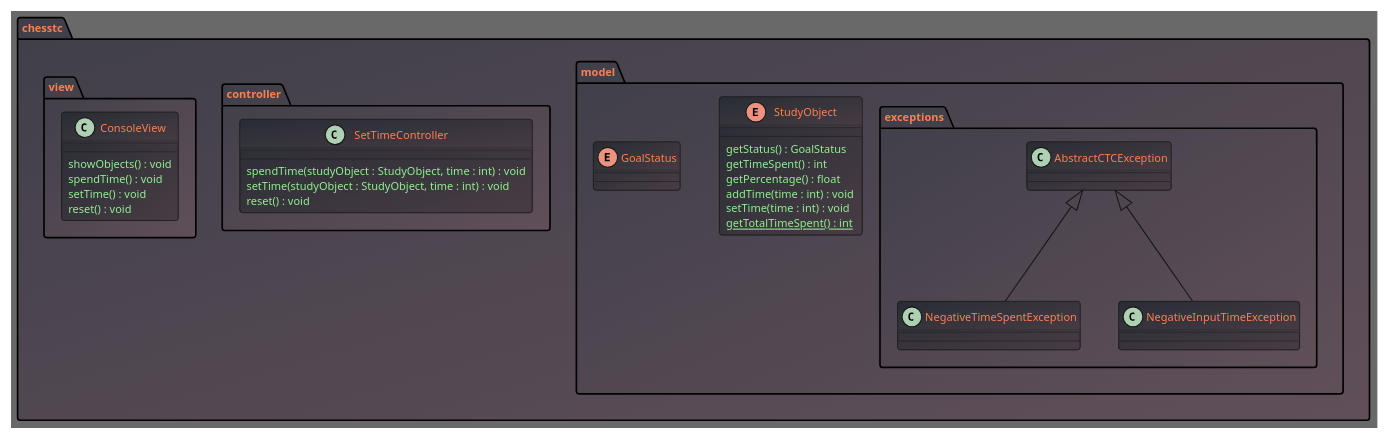
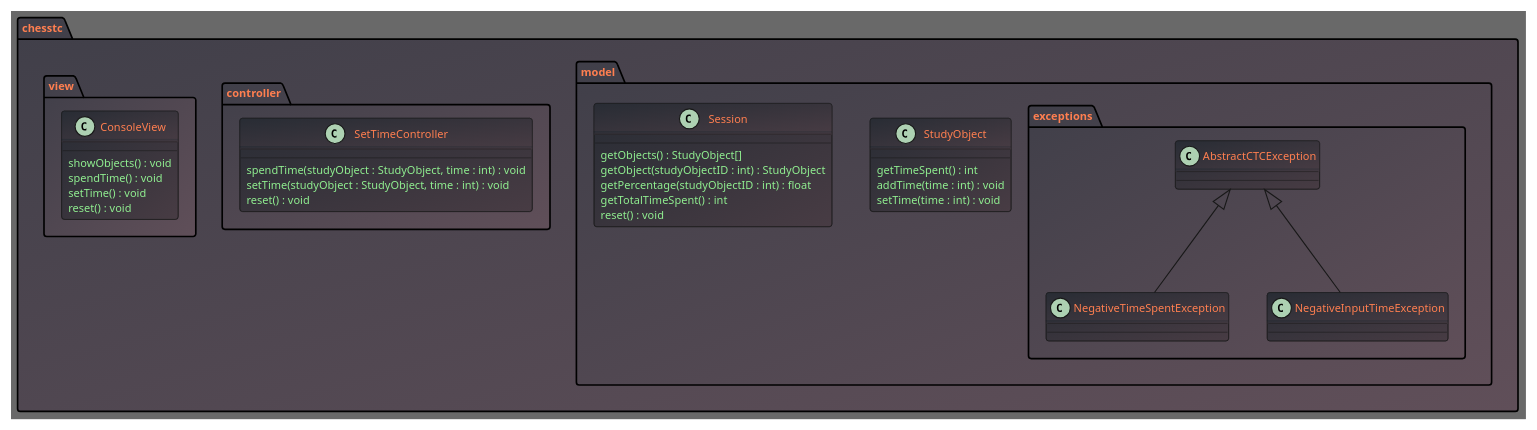
Before and after one commit to Sttanyanz/chess-training-control: the diagram in ctc.puml, drawn with PlantUML.

Commit message:
docs: changes to model classes

```diff
--- a/ctc.puml
+++ b/ctc.puml
@@ -1,59 +1,60 @@
 @startuml
 skinparam defaultFontSize 10
 skinparam BackgroundColor DimGray
 skinparam ClassAttributeFontColor LightGreen
 skinparam PackageFontColor coral
 skinparam ClassFontColor coral
 skinparam package {
 BackgroundColor #403F49/#604F59
 }
 skinparam class {
 BackgroundColor #282C34/#483C44
 }
 skinparam groupInheritance 3
 
 package chesstc {
     package model {
         package exceptions {
             class AbstractCTCException
             class NegativeTimeSpentException
             class NegativeInputTimeException
 
             AbstractCTCException <|-- NegativeInputTimeException
             AbstractCTCException <|-- NegativeTimeSpentException
         }
 
-        enum StudyObject {
-            getStatus() : GoalStatus
+        class StudyObject {
             getTimeSpent() : int
-            getPercentage() : float
             addTime(time : int) : void
             setTime(time : int) : void
-            <u>getTotalTimeSpent() : int </u>
         }
 
-        enum GoalStatus {
+        class Session {
+            getObjects() : StudyObject[]
+            getObject(studyObjectID : int) : StudyObject
+            getPercentage(studyObjectID : int) : float
+            getTotalTimeSpent() : int
+            reset() : void
         }
-
 
     }
 
     package controller {
         class SetTimeController {
             spendTime(studyObject : StudyObject, time : int) : void
             setTime(studyObject : StudyObject, time : int) : void
             reset() : void
         }
     }
 
     package view {
         class ConsoleView {
             showObjects() : void
             spendTime() : void
             setTime() : void
             reset() : void
         }
     }
 }
 
 @enduml
```
